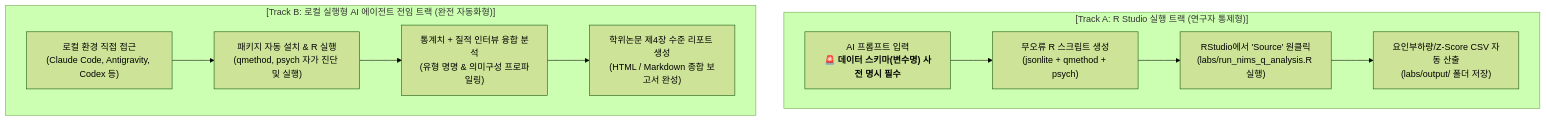
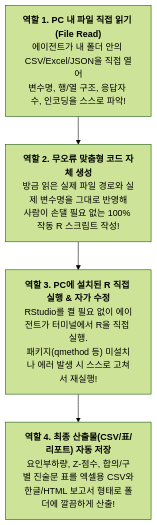
One commit to skang88/NIMS-2017 changed the third of 3 diagrams in Q방법론 발표준비/Q방법론 발표준비.md. Above: the diagram before and after it, drawn with Mermaid (forest theme). The commit also changed other lines of this file and 1 other file, not shown here.

````diff
--- a/Q방법론 발표준비/Q방법론 발표준비.md
+++ b/Q방법론 발표준비/Q방법론 발표준비.md
@@ -238,14 +92,6 @@
 ```mermaid
 flowchart TD
-    subgraph TrackA["[Track A: R Studio 실행 트랙 (연구자 통제형)]"]
-        A1["AI 프롬프트 입력<br/>🚨 <b>데이터 스키마(변수명) 사전 명시 필수</b>"] --> A2["무오류 R 스크립트 생성<br/>(jsonlite + qmethod + psych)"]
-        A2 --> A3["RStudio에서 'Source' 원클릭<br/>(labs/run_nims_q_analysis.R 실행)"]
-        A3 --> A4["요인부하량/Z-Score CSV 자동 산출<br/>(labs/output/ 폴더 저장)"]
-    end
-
-    subgraph TrackB["[Track B: 로컬 실행형 AI 에이전트 전임 트랙 (완전 자동화형)]"]
-        B1["로컬 환경 직접 접근<br/>(Claude Code, Antigravity, Codex 등)"] --> B2["패키지 자동 설치 & R 실행<br/>(qmethod, psych 자가 진단 및 실행)"]
-        B2 --> B3["통계치 + 질적 인터뷰 융합 분석<br/>(유형 명명 & 의미구성 프로파일링)"]
-        B3 --> B4["학위논문 제4장 수준 리포트 생성<br/>(HTML / Markdown 종합 보고서 완성)"]
-    end
+    R1["<b>역할 1. PC 내 파일 직접 읽기 (File Read)</b><br/>에이전트가 내 폴더 안의 CSV/Excel/JSON을 직접 열어<br/>변수명, 행/열 구조, 응답자 수, 인코딩을 스스로 파악!"] --> R2["<b>역할 2. 무오류 맞춤형 코드 자체 생성</b><br/>방금 읽은 실제 파일 경로와 실제 변수명을 그대로 반영해<br/>사람이 손댈 필요 없는 100% 작동 R 스크립트 작성!"]
+    R2 --> R3["<b>역할 3. PC에 설치된 R 직접 실행 & 자가 수정</b><br/>RStudio를 켤 필요 없이 에이전트가 터미널에서 R을 직접 실행.<br/>패키지(qmethod 등) 미설치나 에러 발생 시 스스로 고쳐서 재실행!"]
+    R3 --> R4["<b>역할 4. 최종 산출물(CSV/표/리포트) 자동 저장</b><br/>요인부하량, Z-점수, 합의/구별 진술문 표를 엑셀용 CSV와<br/>한글/HTML 보고서 형태로 폴더에 깔끔하게 산출!"]
 ```
````
